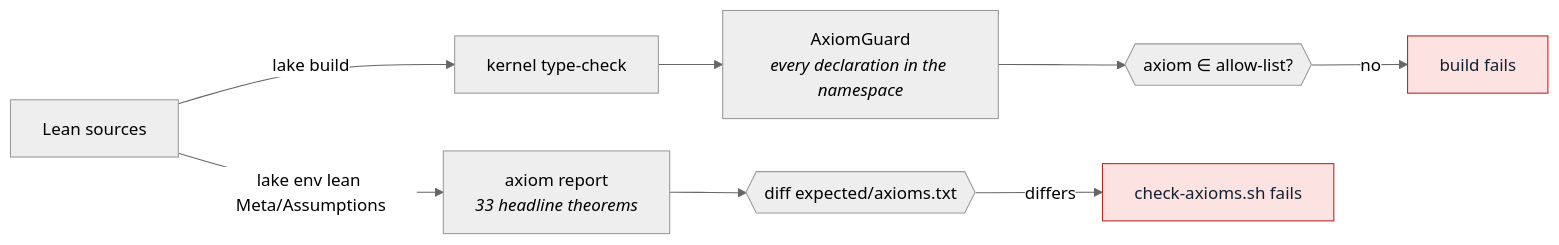
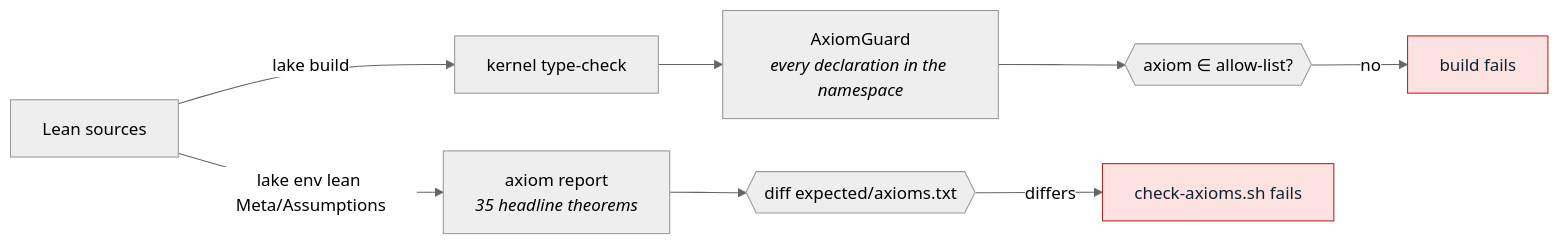
Before and after one commit to lelantos-org/circuits: the second of 3 diagrams in lean/README.md, drawn with Mermaid (neutral theme). The commit also changed other lines of this file and 20 other files, not shown here.

````diff
--- a/lean/README.md
+++ b/lean/README.md
@@ -201,16 +252,16 @@
 ```mermaid
 flowchart LR
     SRC["Lean sources"]
 
     SRC -->|"lake build"| KERNEL["kernel type-check"]
     KERNEL --> GUARD["AxiomGuard<br/><i>every declaration in the namespace</i>"]
     GUARD --> ALLOW{{"axiom ∈ allow-list?"}}
     ALLOW -->|no| FAILB["build fails"]
 
-    SRC -->|"lake env lean Meta/Assumptions"| PRINT["axiom report<br/><i>33 headline theorems</i>"]
+    SRC -->|"lake env lean Meta/Assumptions"| PRINT["axiom report<br/><i>35 headline theorems</i>"]
     PRINT --> DIFF{{"diff expected/axioms.txt"}}
     DIFF -->|differs| FAILA["check-axioms.sh fails"]
 
     classDef fail fill:#fde2e2,stroke:#b3261e,color:#123
     class FAILA,FAILB fail
 ```
````
